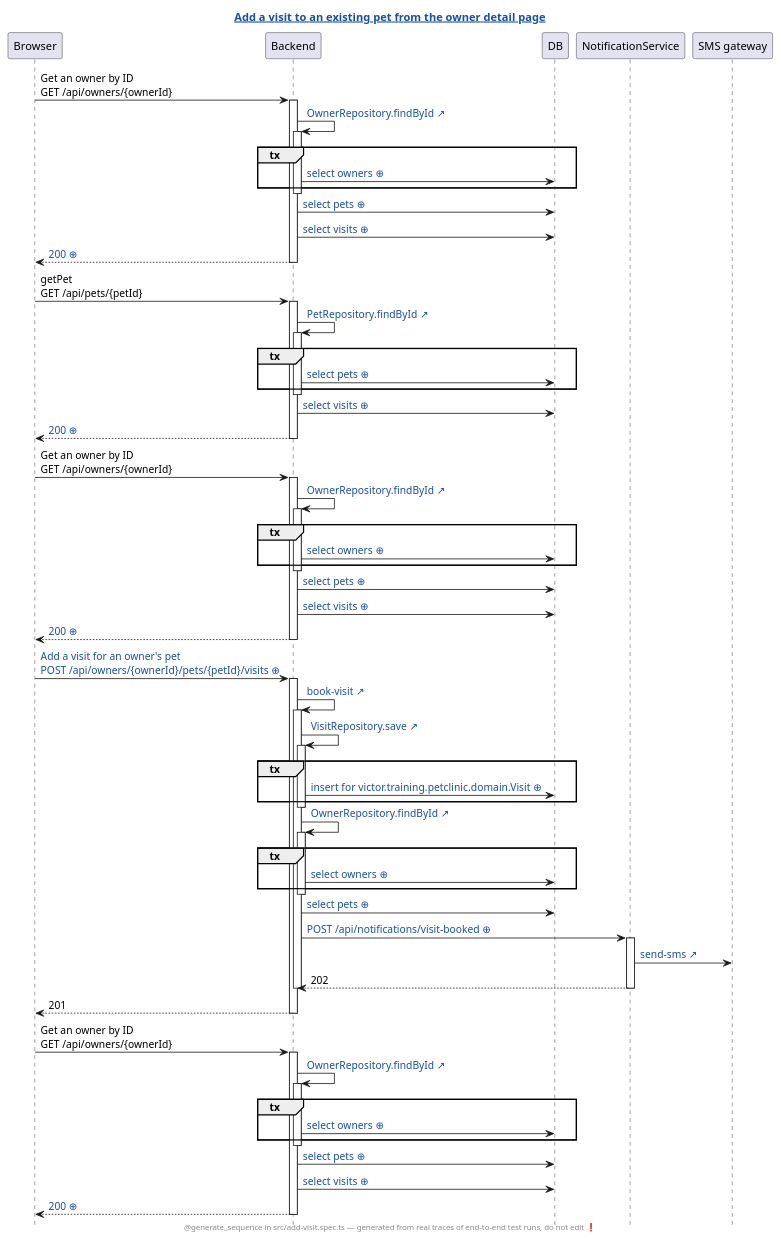
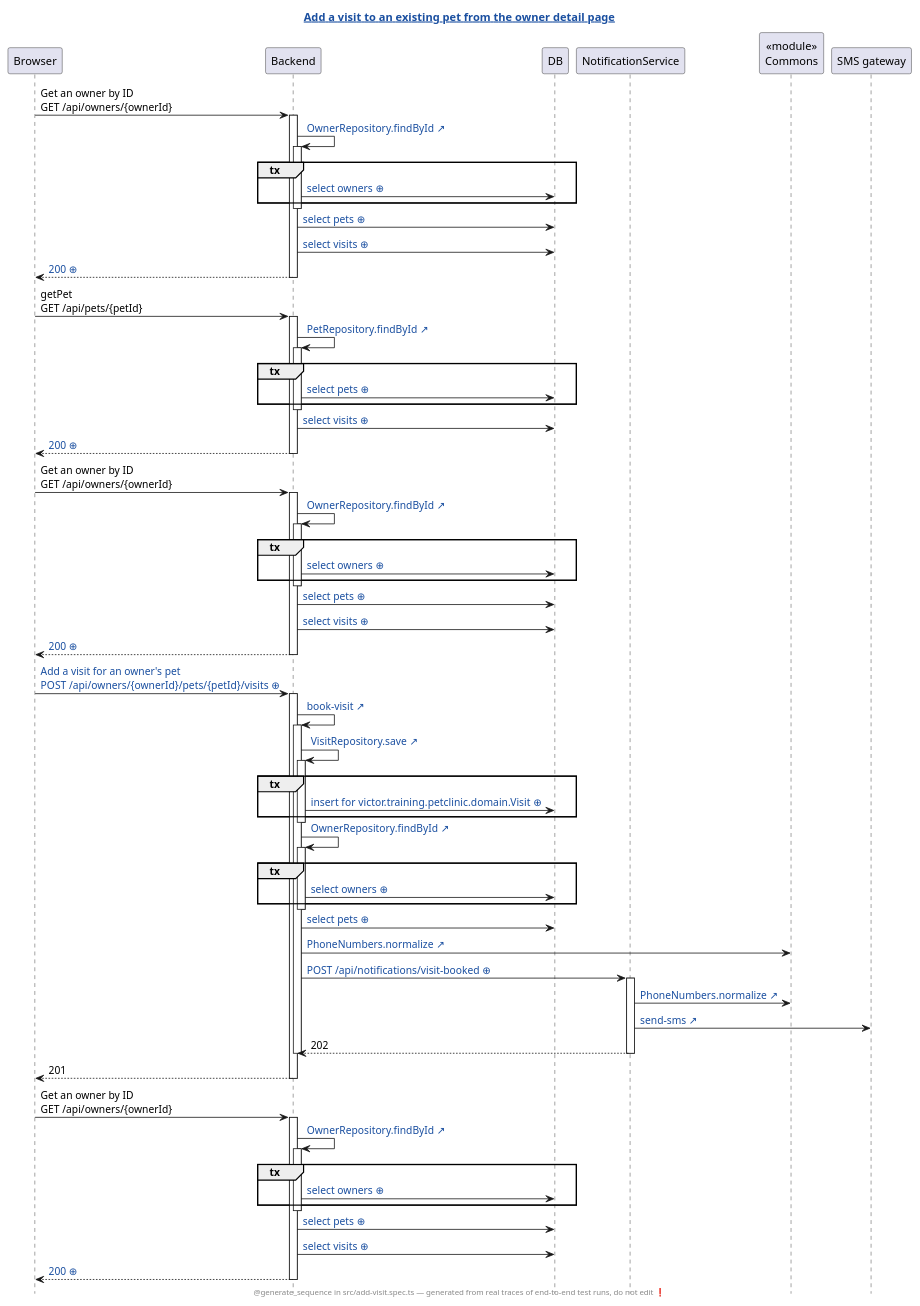
Before and after one commit to victorrentea/petclinic: the diagram in petclinic-test/generated/add-visit.spec.ts.add-a-visit-to-an-existing-pet-from-the-owner-detail-page.genseq.puml, drawn with PlantUML. The commit also changed 6 other files, not shown here.

First line of the commit message:
Owners grid: diagrams re-traced after merging main, review-points base moves to fe553439

```diff
--- a/petclinic-test/generated/add-visit.spec.ts.add-a-visit-to-an-existing-pet-from-the-owner-detail-page.genseq.puml
+++ b/petclinic-test/generated/add-visit.spec.ts.add-a-visit-to-an-existing-pet-from-the-owner-detail-page.genseq.puml
@@ -1,85 +1,88 @@
 @startuml
 ' ⚠️  GENERATED FILE — DO NOT EDIT. Every edit is lost on the next run.
 hide footbox
 skinparam hyperlinkUnderline false
 skinparam hyperlinkColor #1A4FA0
 title [[src://petclinic-test/src/add-visit.spec.ts:31{Click to open the test} Add a visit to an existing pet from the owner detail page]]
 footer @generate_sequence in src/add-visit.spec.ts — generated from real traces of end-to-end test runs, do not edit ❗
 participant Browser
 participant Backend
 participant DB
 participant NotificationService
+participant "«module»\nCommons" as Commons
 participant "SMS gateway"
 Browser -> Backend: Get an owner by ID\nGET /api/owners/{ownerId}
 activate Backend
 Backend -> Backend: [[src://petclinic-backend/src/main/java/victor/training/petclinic/repository/OwnerRepository.java:28{Click to open OwnerRepository.findById} OwnerRepository.findById ↗]]
 activate Backend
 group tx
 Backend -> DB: [[genseq://083xusu{Click for the statement behind this call} select owners ⊕]]
 end
 deactivate Backend
 Backend -> DB: [[genseq://0j0trn8{Click for the statement behind this call} select pets ⊕]]
 Backend -> DB: [[genseq://16xt6fr{Click for the statement behind this call} select visits ⊕]]
 Backend --> Browser: [[genseq://0x0vjb5{Click for this call’s JSON body} 200 ⊕]]
 deactivate Backend
 Browser -> Backend: getPet\nGET /api/pets/{petId}
 activate Backend
 Backend -> Backend: [[src://petclinic-backend/src/main/java/victor/training/petclinic/repository/PetRepository.java:16{Click to open PetRepository.findById} PetRepository.findById ↗]]
 activate Backend
 group tx
 Backend -> DB: [[genseq://1cofzyh{Click for the statement behind this call} select pets ⊕]]
 end
 deactivate Backend
 Backend -> DB: [[genseq://16xt6fr{Click for the statement behind this call} select visits ⊕]]
 Backend --> Browser: [[genseq://1uazcwg{Click for this call’s JSON body} 200 ⊕]]
 deactivate Backend
 Browser -> Backend: Get an owner by ID\nGET /api/owners/{ownerId}
 activate Backend
 Backend -> Backend: [[src://petclinic-backend/src/main/java/victor/training/petclinic/repository/OwnerRepository.java:28{Click to open OwnerRepository.findById} OwnerRepository.findById ↗]]
 activate Backend
 group tx
 Backend -> DB: [[genseq://083xusu{Click for the statement behind this call} select owners ⊕]]
 end
 deactivate Backend
 Backend -> DB: [[genseq://0j0trn8{Click for the statement behind this call} select pets ⊕]]
 Backend -> DB: [[genseq://16xt6fr{Click for the statement behind this call} select visits ⊕]]
 Backend --> Browser: [[genseq://0x0vjb5{Click for this call’s JSON body} 200 ⊕]]
 deactivate Backend
-Browser -> Backend: [[genseq://0cvvasp{Click for this call’s JSON body} Add a visit for an owner's pet\nPOST /api/owners/{ownerId}/pets/{petId}/visits ⊕]]
+Browser -> Backend: [[genseq://0s79aod{Click for this call’s JSON body} Add a visit for an owner's pet\nPOST /api/owners/{ownerId}/pets/{petId}/visits ⊕]]
 activate Backend
-Backend -> Backend: [[src://petclinic-backend/src/main/java/victor/training/petclinic/rest/OwnerRestController.java:239{Click to open OwnerRestController.bookVisit} book-visit ↗]]
+Backend -> Backend: [[src://petclinic-backend/src/main/java/victor/training/petclinic/rest/OwnerRestController.java:240{Click to open OwnerRestController.bookVisit} book-visit ↗]]
 activate Backend
 Backend -> Backend: [[src://petclinic-backend/src/main/java/victor/training/petclinic/repository/VisitRepository.java:14{Click to open VisitRepository.save} VisitRepository.save ↗]]
 activate Backend
 group tx
-Backend -> DB: [[genseq://18qtd7e{Click for the statement behind this call} insert for victor.training.petclinic.domain.Visit ⊕]]
+Backend -> DB: [[genseq://07bek3u{Click for the statement behind this call} insert for victor.training.petclinic.domain.Visit ⊕]]
 end
 deactivate Backend
 Backend -> Backend: [[src://petclinic-backend/src/main/java/victor/training/petclinic/repository/OwnerRepository.java:28{Click to open OwnerRepository.findById} OwnerRepository.findById ↗]]
 activate Backend
 group tx
 Backend -> DB: [[genseq://083xusu{Click for the statement behind this call} select owners ⊕]]
 end
 deactivate Backend
 Backend -> DB: [[genseq://0j0trn8{Click for the statement behind this call} select pets ⊕]]
-Backend -> NotificationService: [[genseq://0a5r3wo{Click for this call’s JSON body} POST /api/notifications/visit-booked ⊕]]
+Backend -> Commons: [[src://petclinic-commons/src/main/java/victor/training/commons/PhoneNumbers.java:8{Click to open PhoneNumbers.normalize} PhoneNumbers.normalize ↗]]
+Backend -> NotificationService: [[genseq://06g5a1e{Click for this call’s JSON body} POST /api/notifications/visit-booked ⊕]]
 activate NotificationService
+NotificationService -> Commons: [[src://petclinic-commons/src/main/java/victor/training/commons/PhoneNumbers.java:8{Click to open PhoneNumbers.normalize} PhoneNumbers.normalize ↗]]
 NotificationService -> "SMS gateway": [[src://notification-service/src/main/java/victor/training/notification/SmsGateway.java:23{Click to open SmsGateway.send} send-sms ↗]]
 NotificationService --> Backend: 202
 deactivate NotificationService
 deactivate Backend
 Backend --> Browser: 201
 deactivate Backend
 Browser -> Backend: Get an owner by ID\nGET /api/owners/{ownerId}
 activate Backend
 Backend -> Backend: [[src://petclinic-backend/src/main/java/victor/training/petclinic/repository/OwnerRepository.java:28{Click to open OwnerRepository.findById} OwnerRepository.findById ↗]]
 activate Backend
 group tx
 Backend -> DB: [[genseq://083xusu{Click for the statement behind this call} select owners ⊕]]
 end
 deactivate Backend
 Backend -> DB: [[genseq://0j0trn8{Click for the statement behind this call} select pets ⊕]]
 Backend -> DB: [[genseq://16xt6fr{Click for the statement behind this call} select visits ⊕]]
-Backend --> Browser: [[genseq://1hfo55q{Click for this call’s JSON body} 200 ⊕]]
+Backend --> Browser: [[genseq://0julin6{Click for this call’s JSON body} 200 ⊕]]
 deactivate Backend
 @enduml
```
